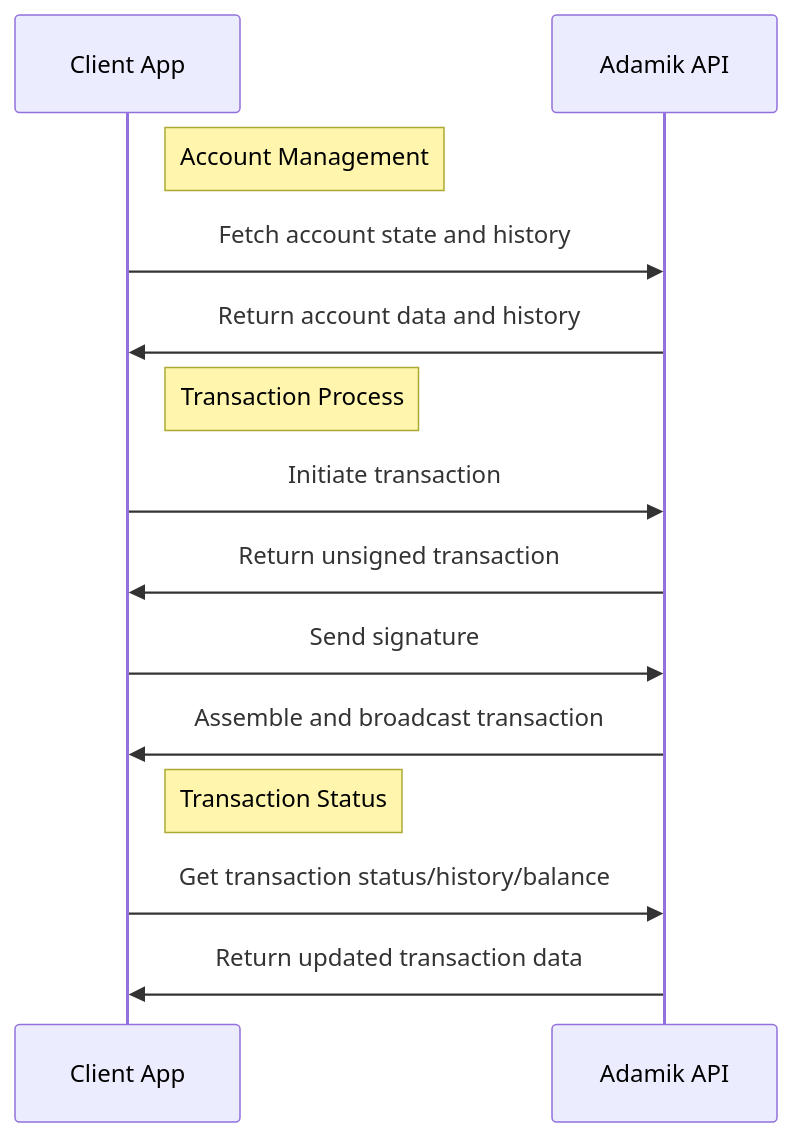
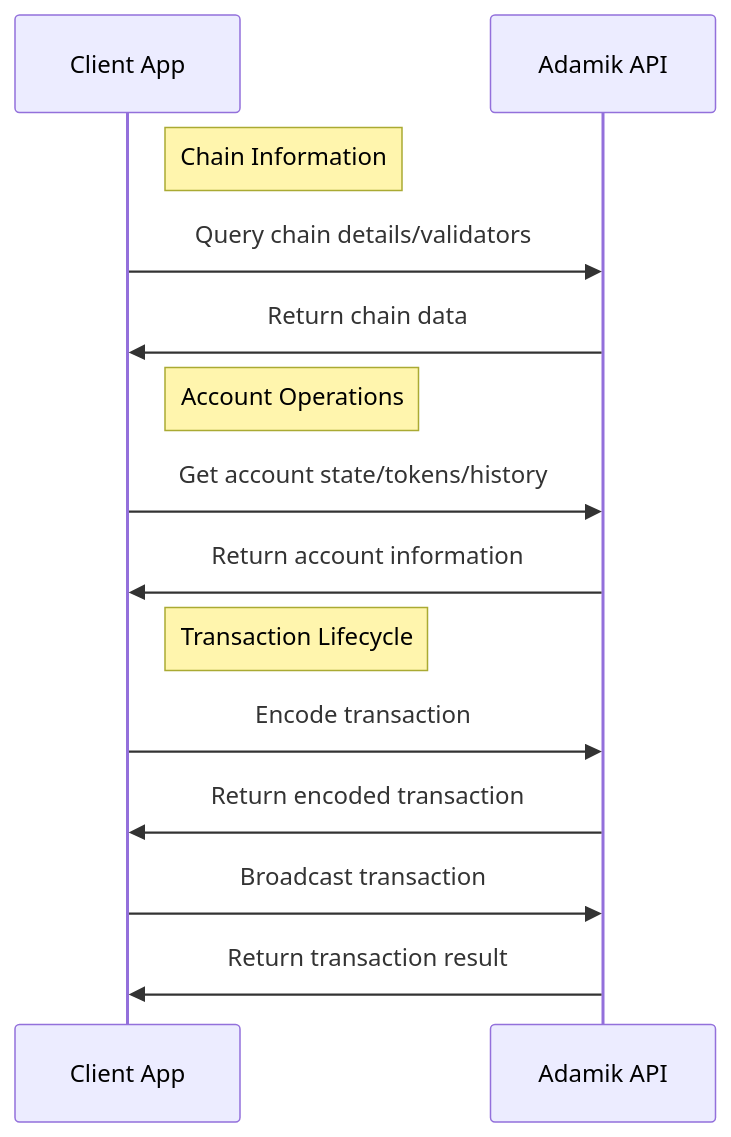
Before and after one commit to AdamikHQ/adamik-documentation: the diagram in get_started/overview.mdx, drawn with Mermaid. The commit also changed other lines of this file, not shown here.

````diff
--- a/get_started/overview.mdx
+++ b/get_started/overview.mdx
@@ -12,22 +16,22 @@
 ```mermaid
 sequenceDiagram
     participant CLIENT as Client App
     participant ADAMIK as Adamik API
 
-    %% Account Management %%
-    Note right of CLIENT: Account Management
-    CLIENT->>ADAMIK: Fetch account state and history
-    ADAMIK->>CLIENT: Return account data and history
+    %% Chain & Network Info %%
+    Note right of CLIENT: Chain Information
+    CLIENT->>ADAMIK: Query chain details/validators
+    ADAMIK->>CLIENT: Return chain data
 
-    %% Transaction Process %%
-    Note right of CLIENT: Transaction Process
-    CLIENT->>ADAMIK: Initiate transaction
-    ADAMIK->>CLIENT: Return unsigned transaction
-    CLIENT->>ADAMIK: Send signature
-    ADAMIK->>CLIENT: Assemble and broadcast transaction
+    %% Account Operations %%
+    Note right of CLIENT: Account Operations
+    CLIENT->>ADAMIK: Get account state/tokens/history
+    ADAMIK->>CLIENT: Return account information
 
-    %% Transaction Status %%
-    Note right of CLIENT: Transaction Status
-    CLIENT->>ADAMIK: Get transaction status/history/balance
-    ADAMIK->>CLIENT: Return updated transaction data
+    %% Transaction Lifecycle %%
+    Note right of CLIENT: Transaction Lifecycle
+    CLIENT->>ADAMIK: Encode transaction
+    ADAMIK->>CLIENT: Return encoded transaction
+    CLIENT->>ADAMIK: Broadcast transaction
+    ADAMIK->>CLIENT: Return transaction result
 ```
````
